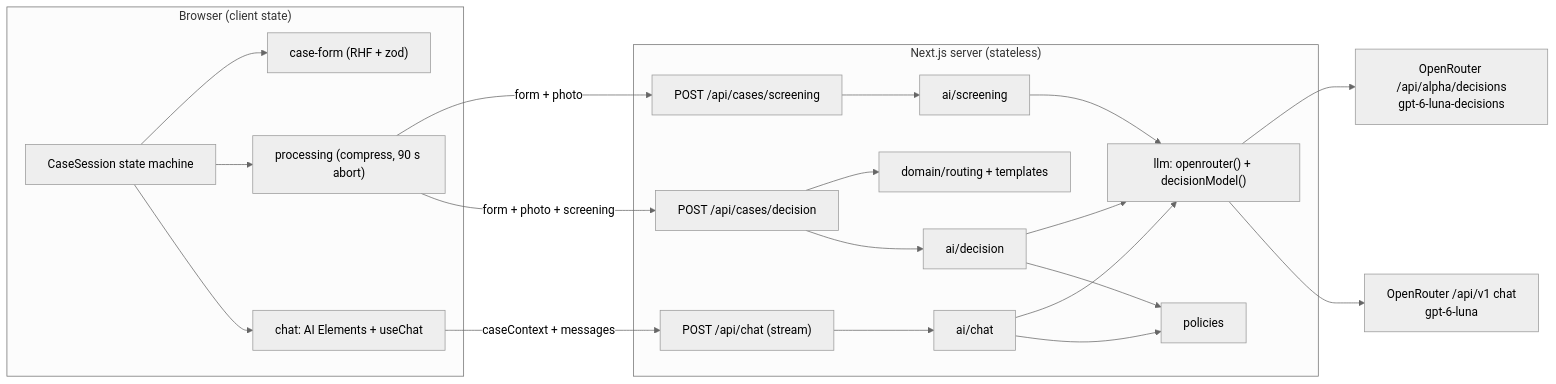
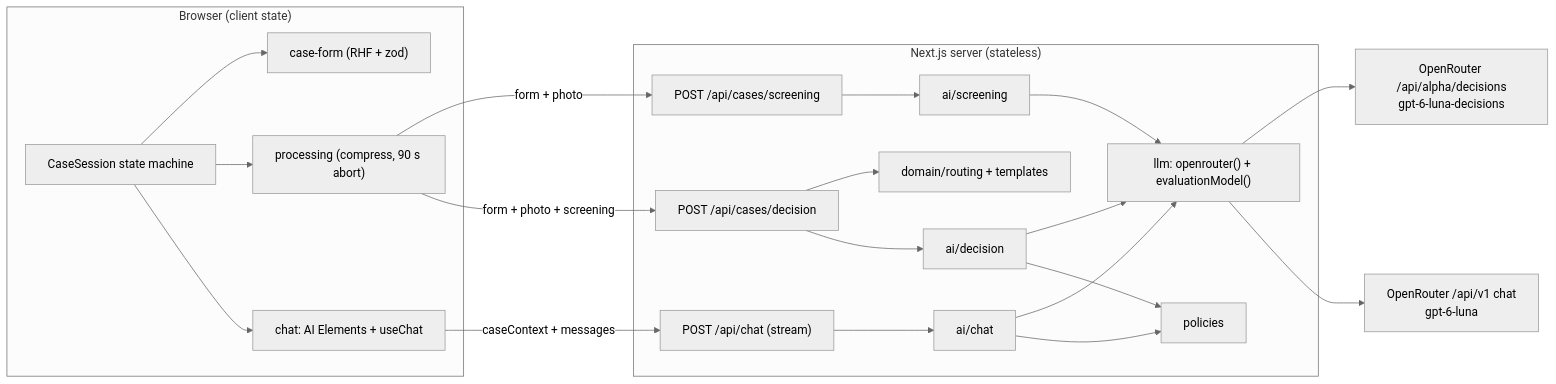
The first of 7 diagrams in docs/ADR/000-main-architecture.md (msl-sli/jsystems-ai-programming-2026-11), drawn with Mermaid (neutral theme) before and after one commit. The commit also changed other lines of this file and 2 other files, not shown here.

First line of the commit message:
Docs: use evaluationModel for OpenRouter Decisions in ADRs

````diff
--- a/docs/ADR/000-main-architecture.md
+++ b/docs/ADR/000-main-architecture.md
@@ -273,37 +273,37 @@
 ```mermaid
 flowchart LR
   subgraph Browser["Browser (client state)"]
     Page["CaseSession state machine"]
     Form["case-form (RHF + zod)"]
     Proc["processing (compress, 90 s abort)"]
     Chat["chat: AI Elements + useChat"]
     Page --> Form & Proc & Chat
   end
 
   subgraph Next["Next.js server (stateless)"]
     SCRH["POST /api/cases/screening"]
     DECH["POST /api/cases/decision"]
     CHH["POST /api/chat (stream)"]
     SCR["ai/screening"]
     RT["domain/routing + templates"]
     DEC["ai/decision"]
     CHS["ai/chat"]
     POL["policies"]
-    LLM["llm: openrouter() + decisionModel()"]
+    LLM["llm: openrouter() + evaluationModel()"]
     SCRH --> SCR --> LLM
     DECH --> RT
     DECH --> DEC --> LLM
     CHH --> CHS --> LLM
     DEC --> POL
     CHS --> POL
   end
 
   ORD["OpenRouter /api/alpha/decisions<br/>gpt-6-luna-decisions"]
   ORC["OpenRouter /api/v1 chat<br/>gpt-6-luna"]
 
   Proc -- "form + photo" --> SCRH
   Proc -- "form + photo + screening" --> DECH
   Chat -- "caseContext + messages" --> CHH
   LLM --> ORD
   LLM --> ORC
 ```
````
